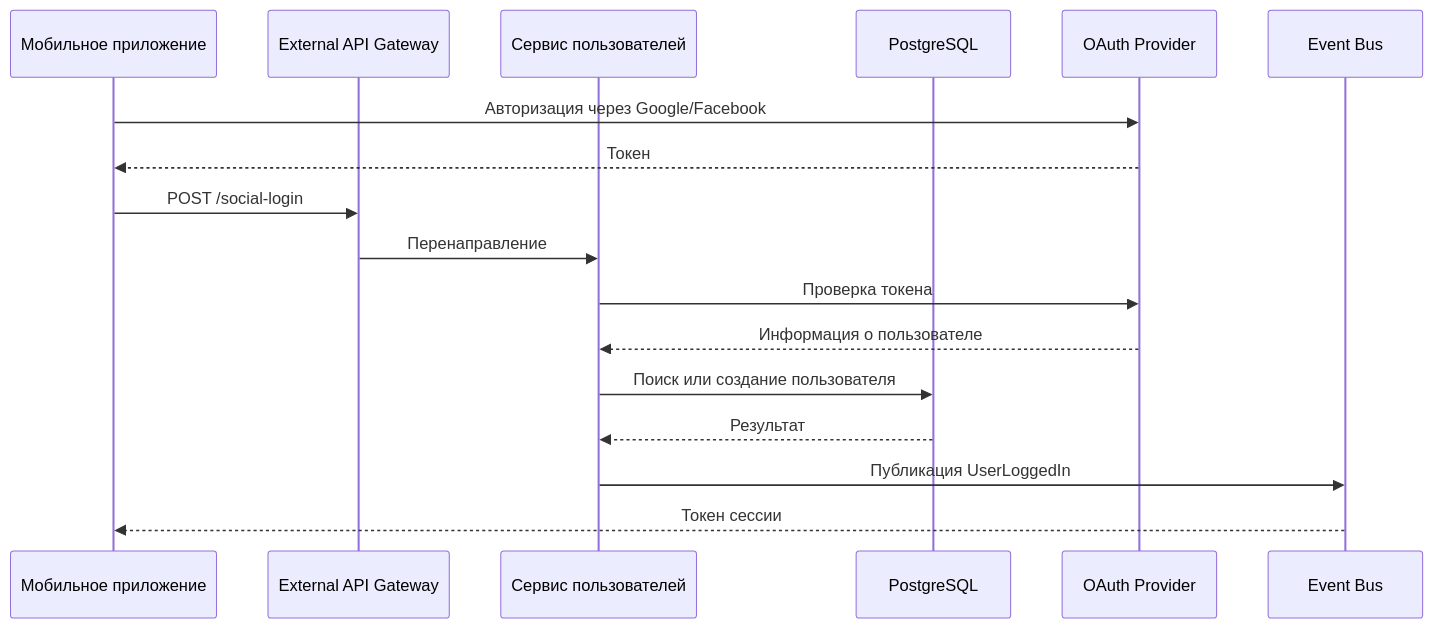
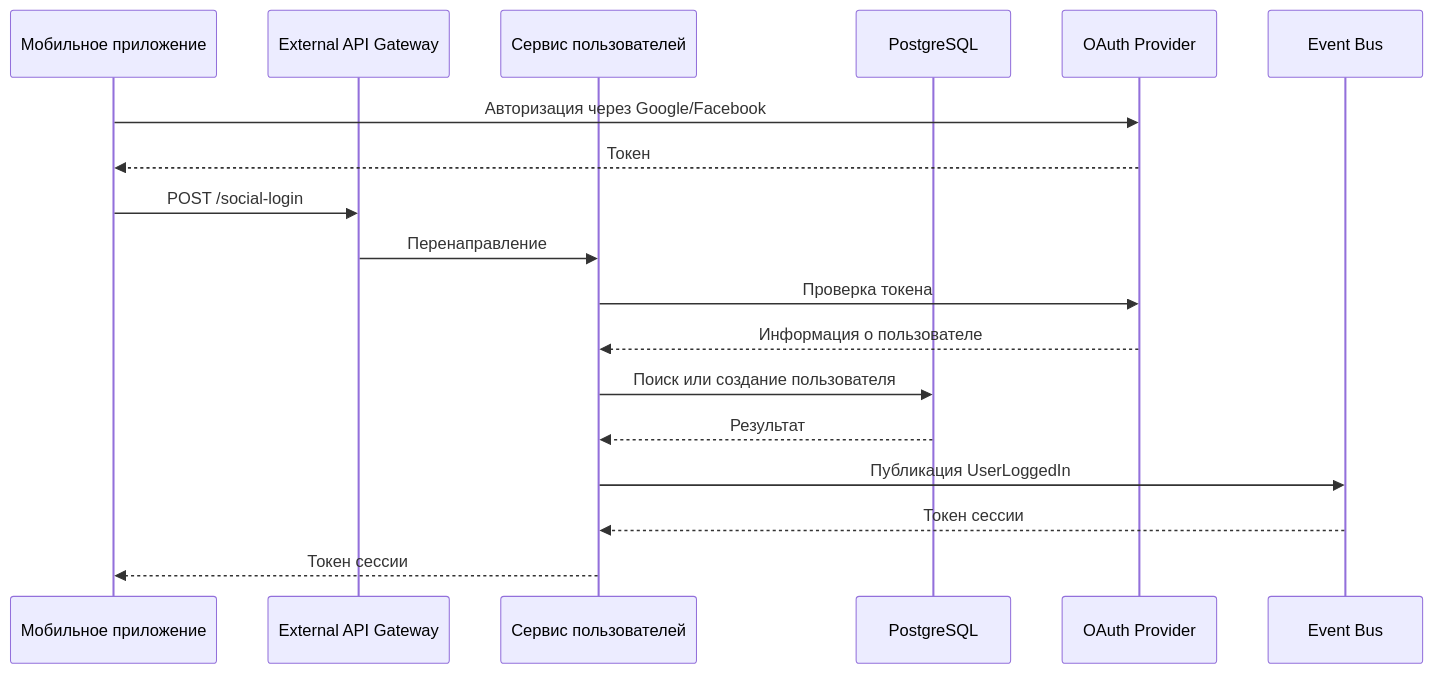
The diagram in architecture/application-usage-scenarios/social-networks-login.md (andreyantropov/architect-coursework), drawn with Mermaid before and after one commit. The commit also changed other lines of this file and 17 other files, not shown here.

````diff
--- a/architecture/application-usage-scenarios/social-networks-login.md
+++ b/architecture/application-usage-scenarios/social-networks-login.md
@@ -3,20 +3,21 @@
 ```mermaid
 sequenceDiagram
     participant M as Мобильное приложение
     participant A as External API Gateway
     participant U as Сервис пользователей
     participant DB as PostgreSQL
     participant S as OAuth Provider
     participant E as Event Bus
 
     M->>S: Авторизация через Google/Facebook
     S-->>M: Токен
     M->>A: POST /social-login
     A->>U: Перенаправление
     U->>S: Проверка токена
     S-->>U: Информация о пользователе
     U->>DB: Поиск или создание пользователя
     DB-->>U: Результат
     U->>E: Публикация UserLoggedIn
-    E-->>M: Токен сессии
+    E-->>U: Токен сессии
+    U-->>M: Токен сессии
 ```
````
